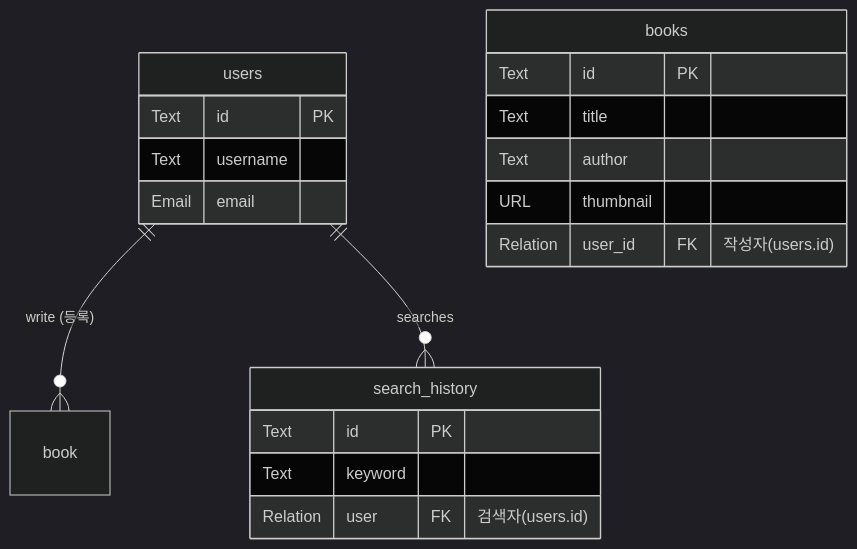
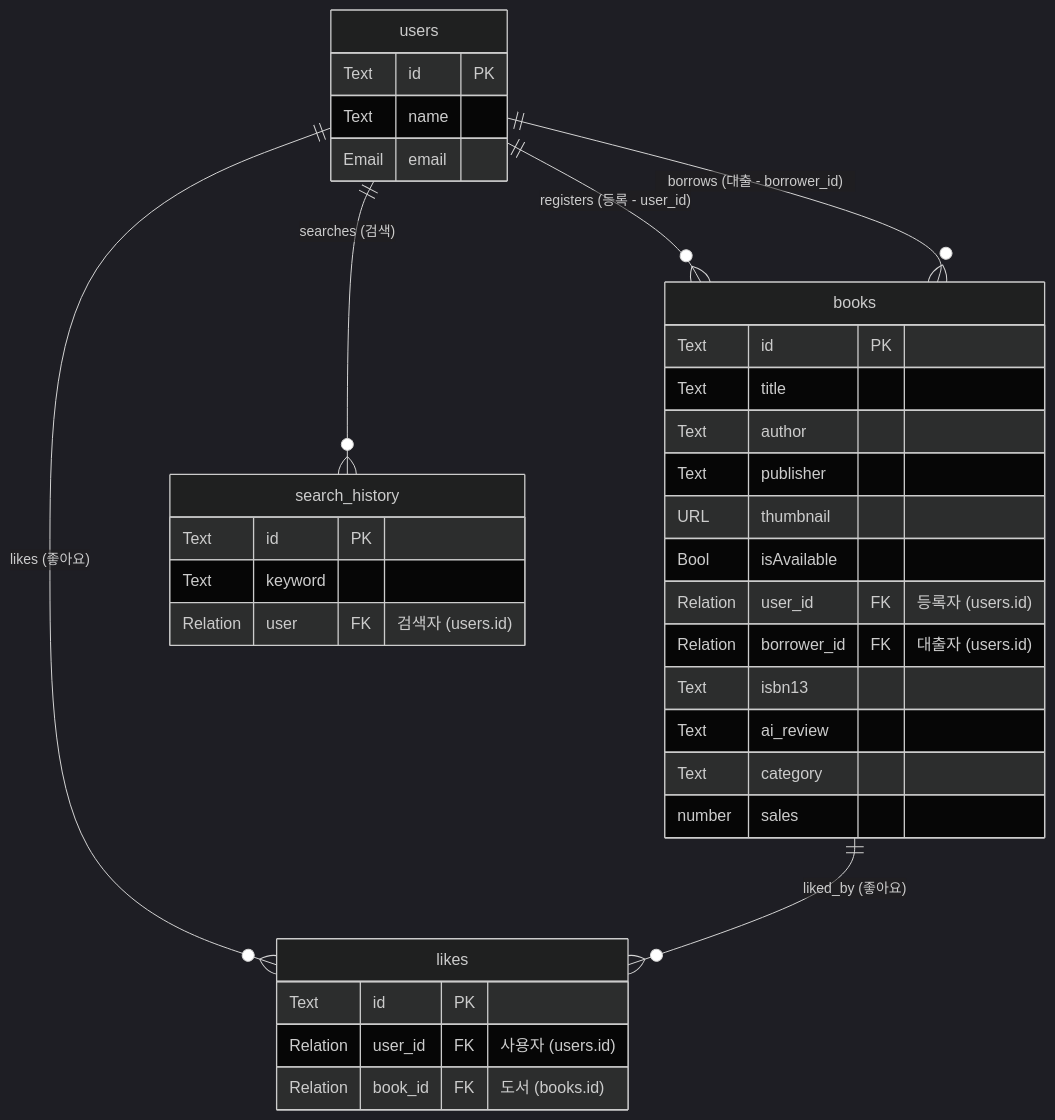
One commit to Jonghyeon-Bae/library-mini-project4 changed the diagram in docs/schema.md. Above: the diagram before and after it, drawn with Mermaid (dark theme). The commit also changed other lines of this file and 5 other files, not shown here.

````diff
--- a/docs/schema.md
+++ b/docs/schema.md
@@ -70,25 +85,41 @@
 ```mermaid
 erDiagram
-    users ||--o{ book : "write (등록)"
-    users ||--o{ search_history : "searches"
+    users ||--o{ books : "registers (등록 - user_id)"
+    users ||--o{ books : "borrows (대출 - borrower_id)"
+    users ||--o{ search_history : "searches (검색)"
+    users ||--o{ likes : "likes (좋아요)"
+    books ||--o{ likes : "liked_by (좋아요)"
 
     users {
         Text id PK
-        Text username
+        Text name
         Email email
     }
 
     books {
         Text id PK
         Text title
         Text author
+        Text publisher
         URL thumbnail
-        Relation user_id FK "작성자(users.id)"
+        Bool isAvailable
+        Relation user_id FK "등록자 (users.id)"
+        Relation borrower_id FK "대출자 (users.id)"
+        Text isbn13
+        Text ai_review
+        Text category
+        number sales
+    }
+    
+    likes {
+        Text id PK
+        Relation user_id FK "사용자 (users.id)"
+        Relation book_id FK "도서 (books.id)"
     }
     
     search_history {
         Text id PK
         Text keyword
-        Relation user FK "검색자(users.id)"
+        Relation user FK "검색자 (users.id)"
     }
 ```
````
